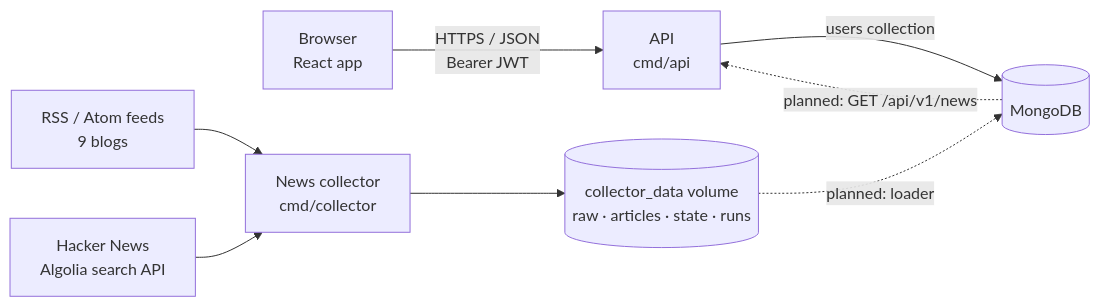
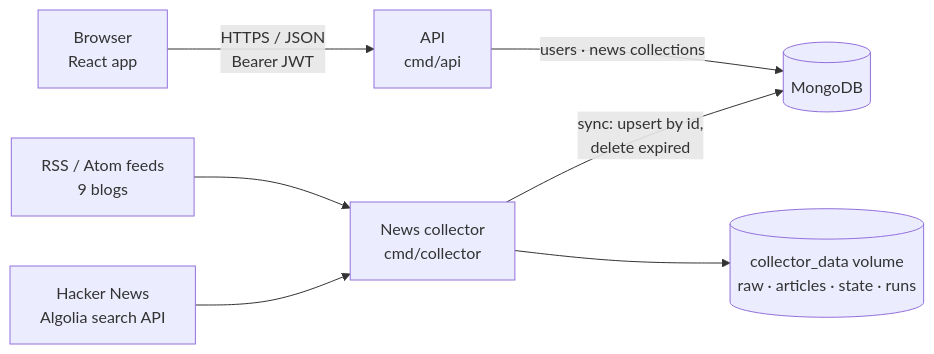
Before and after one commit to fmolinar/arium: the first of 4 diagrams in backend/README.md, drawn with Mermaid. The commit also changed other lines of this file and 19 other files, not shown here.

First line of the commit message:
Serve collected news from MongoDB via GET /api/v1/news

````diff
--- a/backend/README.md
+++ b/backend/README.md
@@ -14,12 +14,11 @@
 ```mermaid
 flowchart LR
     browser["Browser<br/>React app"] -- "HTTPS / JSON<br/>Bearer JWT" --> api["API<br/>cmd/api"]
-    api -- "users collection" --> mongo[("MongoDB")]
+    api -- "users · news collections" --> mongo[("MongoDB")]
 
     feeds["RSS / Atom feeds<br/>9 blogs"] --> collector["News collector<br/>cmd/collector"]
     hn["Hacker News<br/>Algolia search API"] --> collector
     collector --> volume[("collector_data volume<br/>raw · articles · state · runs")]
 
-    volume -. "planned: loader" .-> mongo
-    mongo -. "planned: GET /api/v1/news" .-> api
+    collector -- "sync: upsert by id,<br/>delete expired" --> mongo
 ```
````
